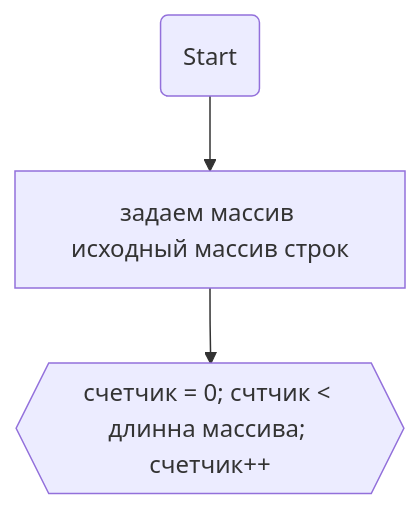
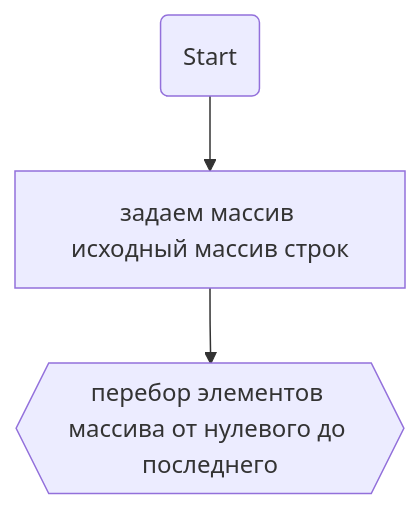
Before and after one commit to Adalberto777/FinalTestWork: the diagram in README.md, drawn with Mermaid.

Commit message:
block diagram

````diff
--- a/README.md
+++ b/README.md
@@ -14,4 +14,4 @@
 ```mermaid
   graph TB;       
-    node2(Start)  --> node1[задаем массив исходный массив строк] --> node9{{счетчик = 0; счтчик < длинна массива; счетчик++}}
+    node2(Start)  --> node1[задаем массив исходный массив строк] --> node9{{перебор элементов массива от нулевого до последнего}}
 ```
````
